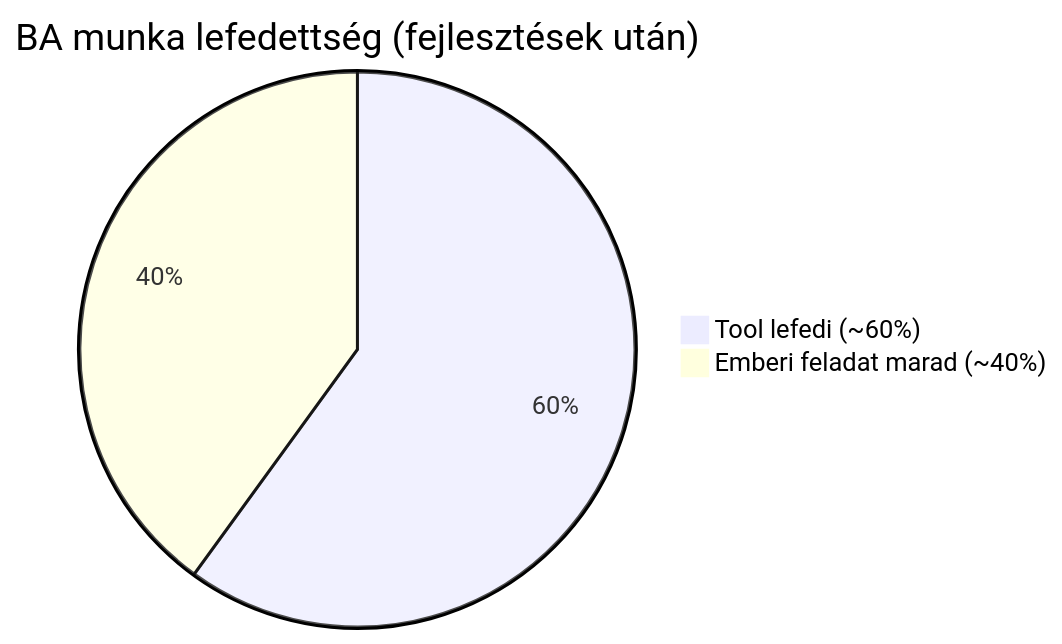
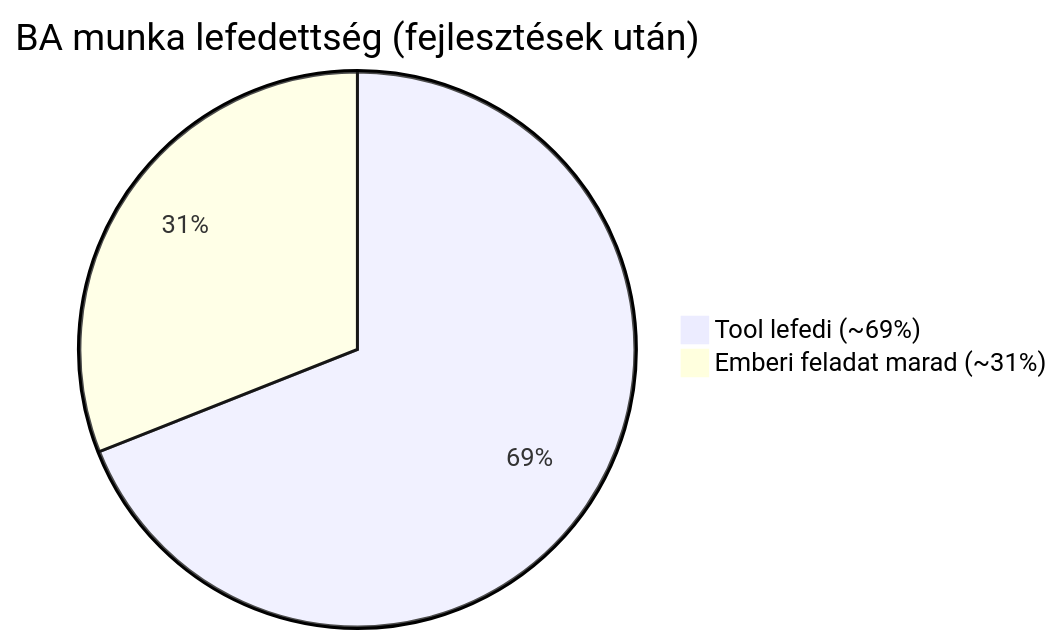
The sixth of 6 diagrams in page/improvements.md (exphoenee/ba-team-docs), drawn with Mermaid before and after one commit. The commit also changed other lines of this file, not shown here.

````diff
--- a/page/improvements.md
+++ b/page/improvements.md
@@ -147,5 +170,5 @@
 ```mermaid
 pie title BA munka lefedettség (fejlesztések után)
-    "Tool lefedi (~60%)" : 60
-    "Emberi feladat marad (~40%)" : 40
+    "Tool lefedi (~69%)" : 69
+    "Emberi feladat marad (~31%)" : 31
 ```
````
